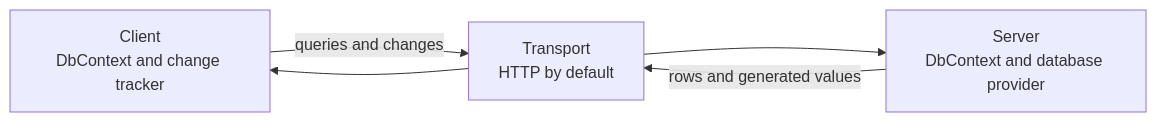
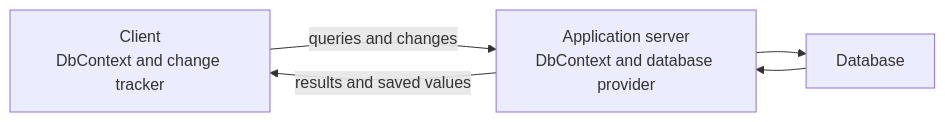
Before and after one commit to azabluda/InfoCarrier.Core: the diagram in website/docs/index.md, drawn with Mermaid. The commit also changed other lines of this file and 34 other files, not shown here.

````diff
--- a/website/docs/index.md
+++ b/website/docs/index.md
@@ -19,7 +12,7 @@
 ```mermaid
 graph LR
-    A["Client<br/>DbContext and change tracker"] -->|"queries and changes"| B["Transport<br/>HTTP by default"]
-    B --> C["Server<br/>DbContext and database provider"]
-    C -->|"rows and generated values"| B
-    B --> A
+    A["Client<br/>DbContext and change tracker"] -->|"queries and changes"| B["Application server<br/>DbContext and database provider"]
+    B --> C["Database"]
+    C --> B
+    B -->|"results and saved values"| A
 ```
````
